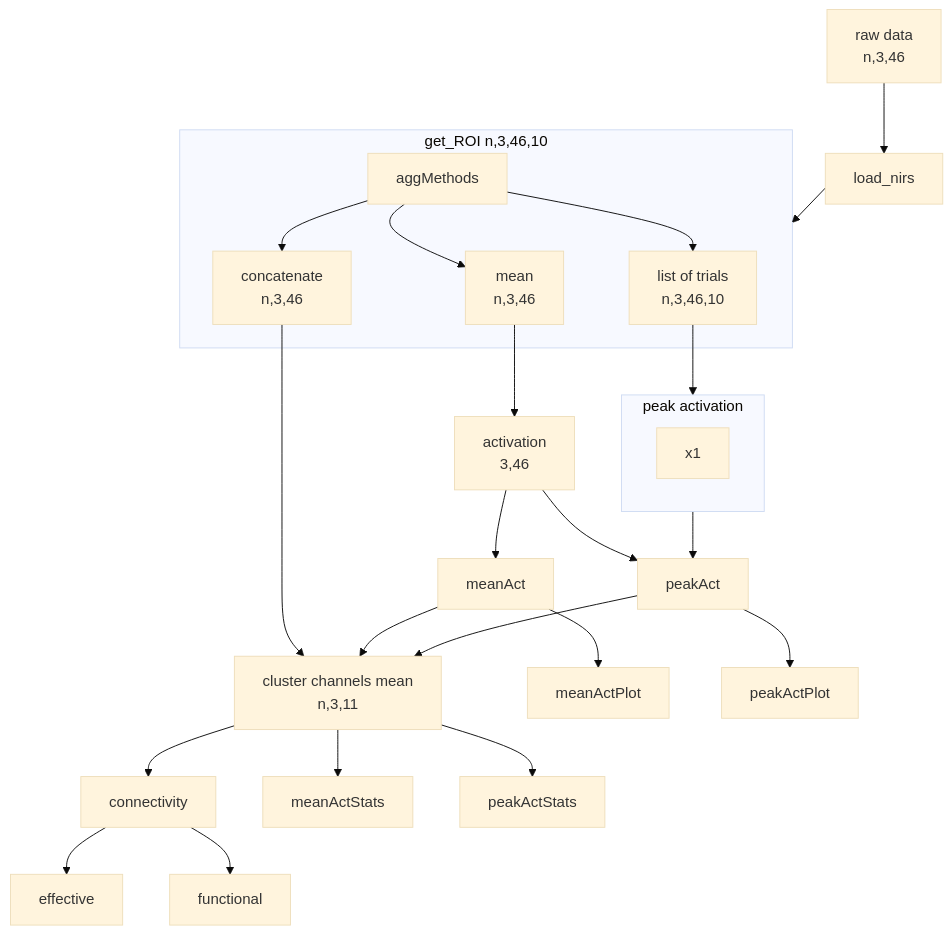
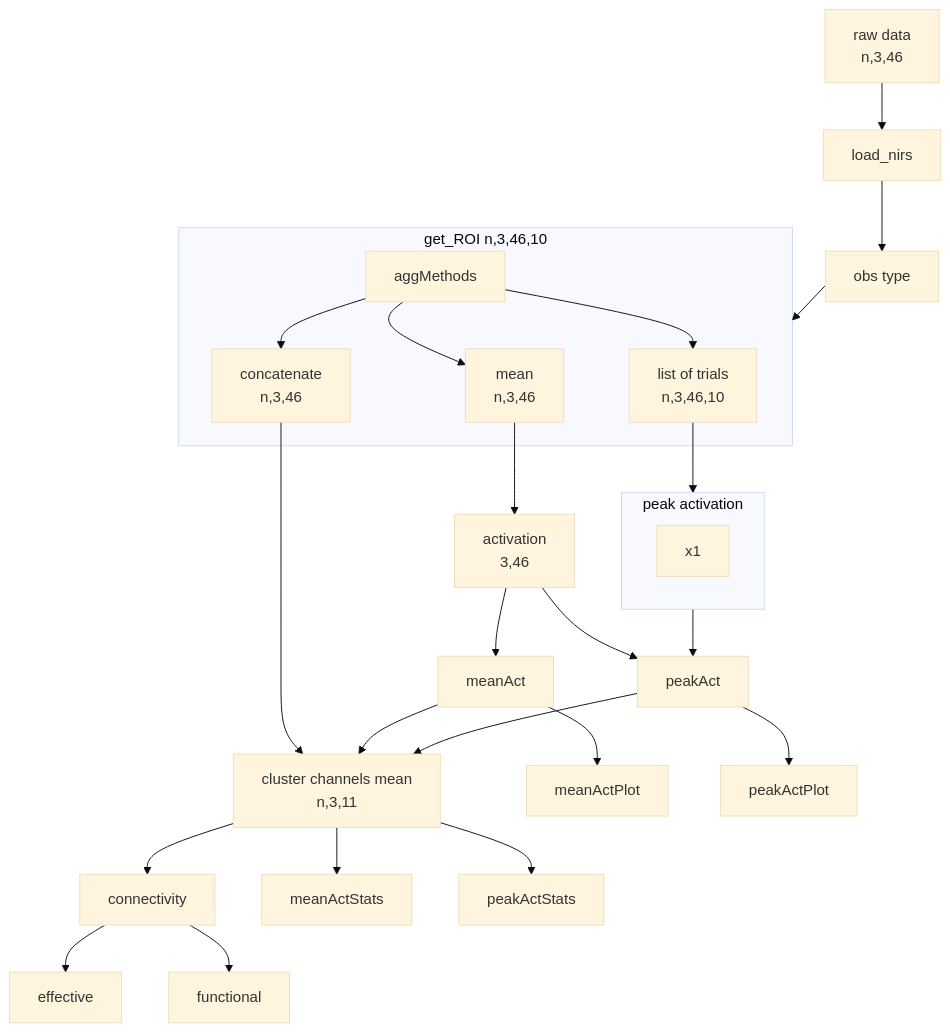
Before and after one commit to nimRobotics/fnirslib: the diagram in README.md, drawn with Mermaid (base theme). The commit also changed 18 other files, not shown here.

````diff
--- a/README.md
+++ b/README.md
@@ -30,34 +30,35 @@
 ```mermaid
   flowchart
     A[raw data <br/> n,3,46]-->C[load_nirs];
-    C -->B
+    C --> Cx[obs type]
+    Cx -->B
     b2 --> D[activation <br/> 3,46];
     D-->E[meanAct]
     b3 --> Y
     Y -->G[connectivity];
     G --> H[effective];
     G --> I[functional];
     E --> Y;
     E --> E1[meanActPlot]
     Y --> E2[meanActStats]
     F[peakAct];
     D-->F
     F-->Y
     Y-->F1[peakActStats]
     F-->F2[peakActPlot]
 
     subgraph B[get_ROI n,3,46,10]
         b1[aggMethods] --> b2[mean <br/> n,3,46]
         b1 --> b3[concatenate <br/> n,3,46];
         b1 --> b4[list of trials <br/> n,3,46,10]
     end
 
     b4 --> X
     X -->F
 
     subgraph X[peak activation]
         x1
     end
 
     Y[cluster channels mean <br/> n,3,11]
 ```
````
